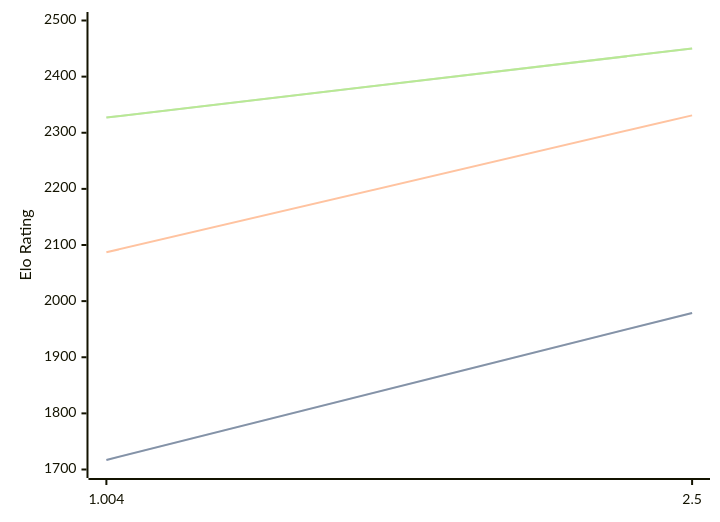
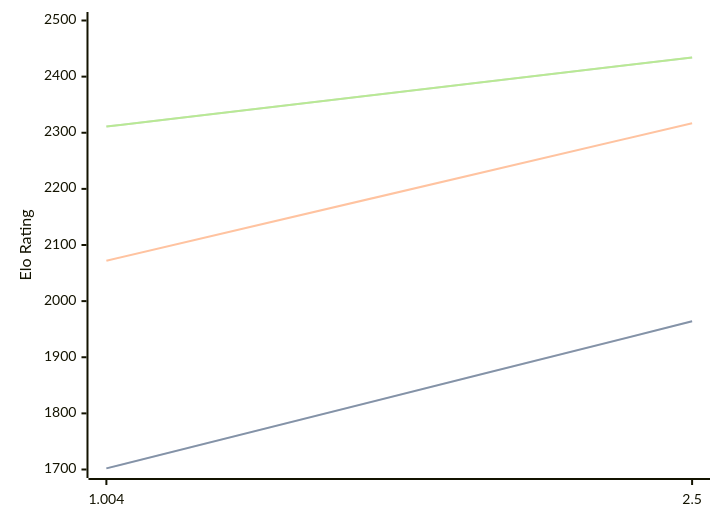
Before and after one commit to computer-chess-index/cci: the diagram in engines/Ares.md, drawn with Mermaid. The commit also changed other lines of this file, not shown here.

Commit message:
Update CCI Ratings (ELO VLTC) - 2026-05-20

````diff
--- a/engines/Ares.md
+++ b/engines/Ares.md
@@ -32,11 +32,11 @@
 ```mermaid
 %%{init: {"theme":"base","themeVariables":{"seriesColors:['#a3a3a3','#222221','#faa371']}}}%%
 xychart-beta
   x-axis ["1.004", "2.5"]
   y-axis "Elo Rating" 1700 --> 2500
-  line "STC (8.0+0.08s)" [1717, 1979]
-  line "STC (8.0+0.08s)" [1717, 1979]
-  line "LTC (60.0+0.60s)" [2087, 2331]
-  line "VLTC (2m24s+1.12s)" [2327, 2450]
-  line "VLTC (2m24s+1.12s)" [2327, 2450]
+  line "STC (8.0+0.08s)" [1702, 1964]
+  line "STC (8.0+0.08s)" [1702, 1964]
+  line "LTC (60.0+0.60s)" [2072, 2317]
+  line "VLTC (2m24s+1.12s)" [2311, 2434]
+  line "VLTC (2m24s+1.12s)" [2311, 2434]
 ```
````
